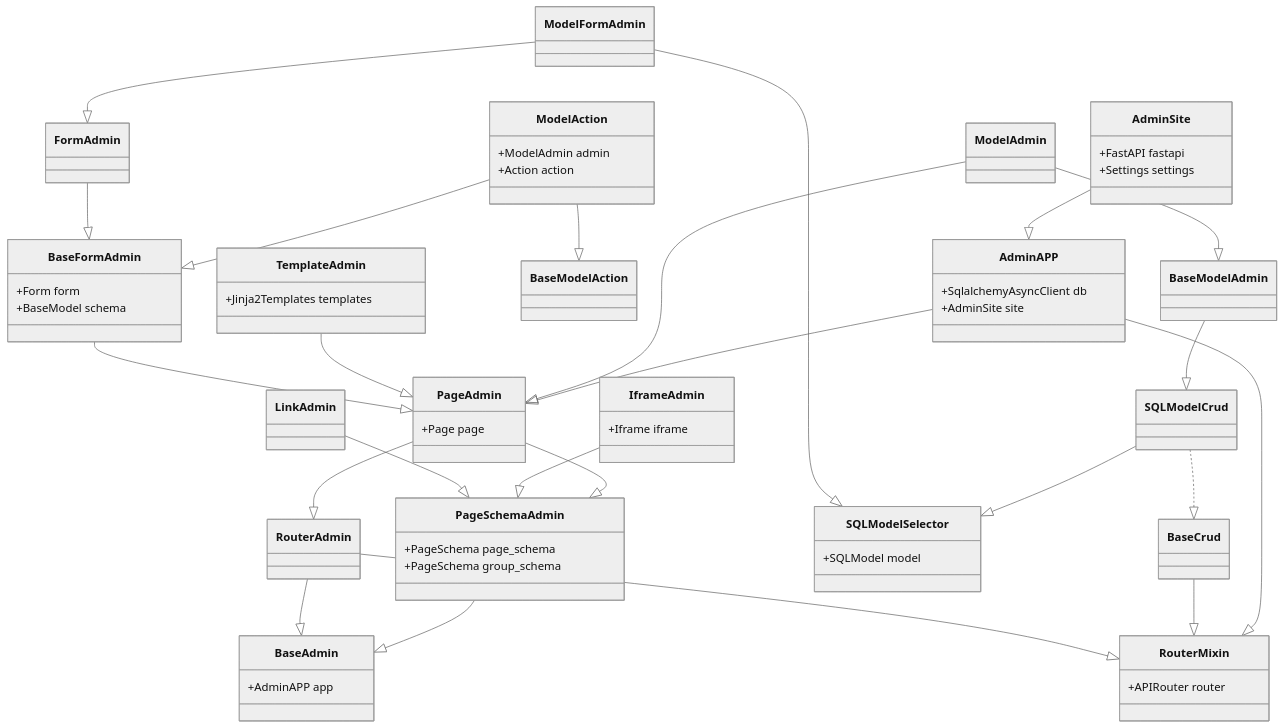
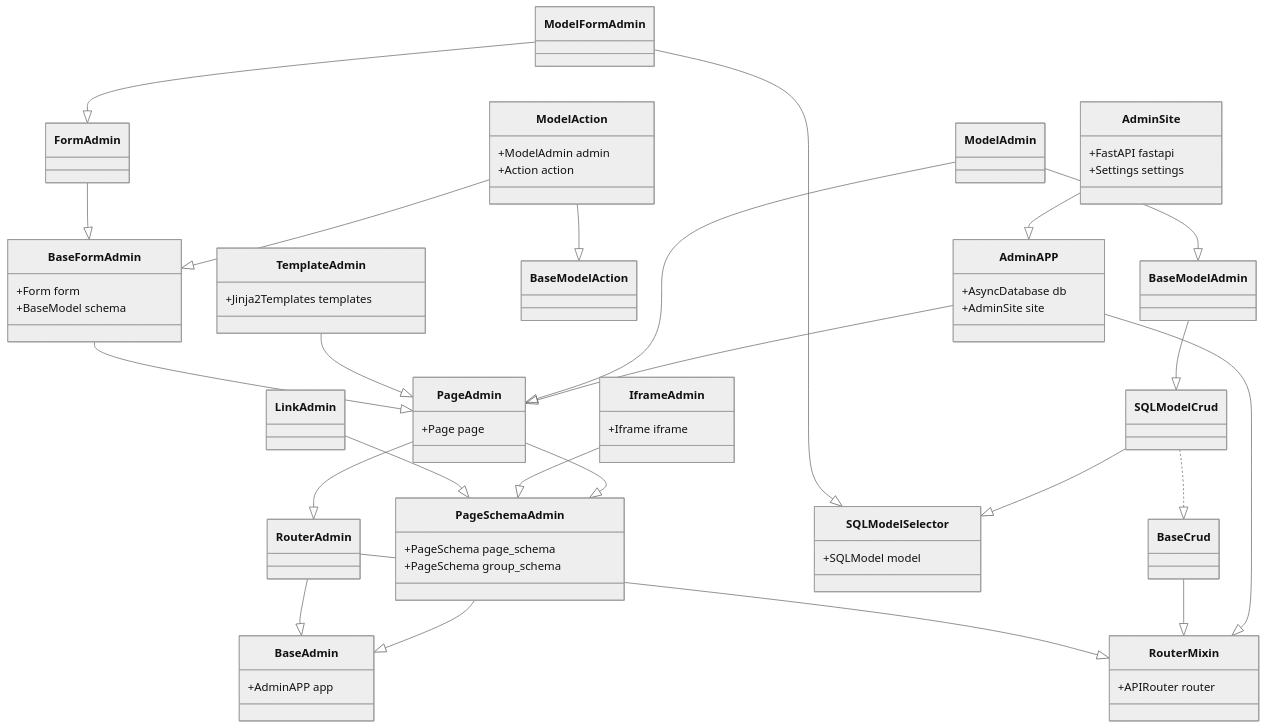
One commit to amisadmin/fastapi-amis-admin changed the first of 2 diagrams in docs/zh/docs/amis_admin/BaseAdmin.md. Above: the diagram before and after it, drawn with Mermaid (neutral theme). The commit also changed 10 other files, not shown here.

````diff
--- a/docs/zh/docs/amis_admin/BaseAdmin.md
+++ b/docs/zh/docs/amis_admin/BaseAdmin.md
@@ -15,58 +15,58 @@
 ``` mermaid
 classDiagram
 	%% admin
     class RouterMixin
     RouterMixin: +APIRouter router
     RouterAdmin --|> RouterMixin
     class BaseAdmin
     BaseAdmin: +AdminAPP app
     RouterAdmin --|> BaseAdmin
     PageSchemaAdmin --|> BaseAdmin
     PageSchemaAdmin: +PageSchema page_schema
     PageSchemaAdmin: +PageSchema group_schema
     
     LinkAdmin --|> PageSchemaAdmin
     IframeAdmin --|> PageSchemaAdmin
     IframeAdmin: +Iframe iframe
     
     PageAdmin --|> PageSchemaAdmin
     PageAdmin --|> RouterAdmin
     PageAdmin: +Page page
     
     BaseFormAdmin --|> PageAdmin
     BaseFormAdmin: +Form form
     BaseFormAdmin: +BaseModel schema
     
     FormAdmin --|> BaseFormAdmin
     
     TemplateAdmin --|> PageAdmin
     TemplateAdmin: +Jinja2Templates templates
     
     %% model
     ModelFormAdmin --|> FormAdmin
     ModelFormAdmin --|> SQLModelSelector
     ModelAction --|> BaseFormAdmin
     ModelAction --|> BaseModelAction
     ModelAction: +ModelAdmin admin
     ModelAction: +Action action
     
     class SQLModelSelector
     SQLModelSelector: +SQLModel model
     BaseCrud --|> RouterMixin
     SQLModelCrud ..|> BaseCrud
     SQLModelCrud --|> SQLModelSelector
     
     BaseModelAdmin --|> SQLModelCrud
     ModelAdmin --|> BaseModelAdmin
 	ModelAdmin --|> PageAdmin
 	%% app
     AdminAPP --|> RouterMixin
     AdminAPP --|> PageAdmin
-    AdminAPP: +SqlalchemyAsyncClient db
+    AdminAPP: +AsyncDatabase db
     AdminAPP: +AdminSite site
     
     AdminSite --|> AdminAPP
     AdminSite: +FastAPI fastapi
     AdminSite: +Settings settings
     
 ```
````
